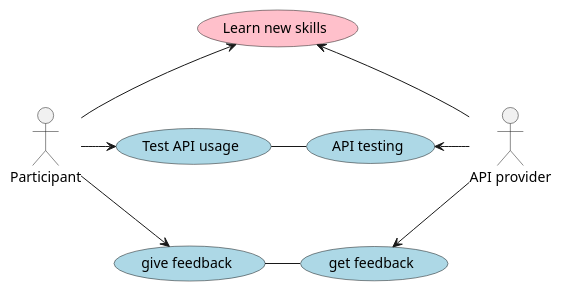
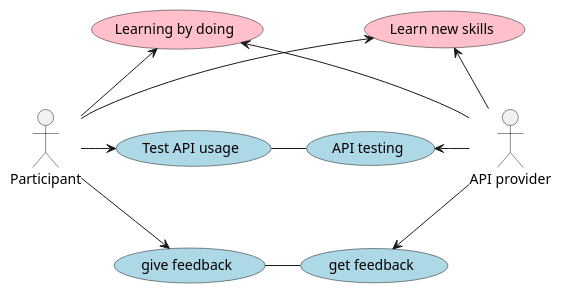
One commit to HL7Norway/FHIR-hackathon-2025 changed the diagram in FHIR-hackathon-2025/input/images-source/main-use-case.plantuml. Above: the diagram before and after it, drawn with PlantUML. The commit also changed 2 other files, not shown here.

```diff
--- a/FHIR-hackathon-2025/input/images-source/main-use-case.plantuml
+++ b/FHIR-hackathon-2025/input/images-source/main-use-case.plantuml
@@ -1,54 +1,55 @@
 @startuml
 
 "Participant" as participant
 "API provider" as applikasjon
 
 'rectangle "test" as rect {
 "Learn new skills" as (learn) #pink
+"Learning by doing" as (doing) #pink
 "Test API usage" as (test) #lightblue
 "API testing" as (provide) #lightblue
 "give feedback" as (give) #lightblue
 "get feedback" as (get) #lightblue
 
-
 '(test) -down[hidden]- (give)
 '(provide) -down[hidden]- (get)
 applikasjon -up-> learn
+applikasjon -up-> doing
 applikasjon -left-> provide
 applikasjon -down-> get
 get -left- give
 provide -left- test
 provide -down[hidden]- get
 participant -up-> learn
 
 'source -down- applikasjon
 '}
 'actor "Pasient" as pasient 
 '[API] as api
 '"skrive informasjon" as (skrive) #lightblue
 
 test -[hidden]down- give
 'api -[hidden]right- pasient
 
 participant -right-> test
 'søke <-down- pasient
-
+participant -up-> (doing)
 participant -down-> (give)
 '(give) <-right- pasient
 'kliniker -down-> (skrive)
 
 'pasient -left-> give
 'pasient -[hidden]left-> skrive
 'pasient -down-> skrive
 
 '(søke) -down- app
 'app -down- (give)
 '(give) -right- app
 'app -down- pasient
 'skrive -down- dokumentasjon
 'give -down- presentasjon
 
 'api .up. give
 'api .down. skrive
 
 @enduml
```
